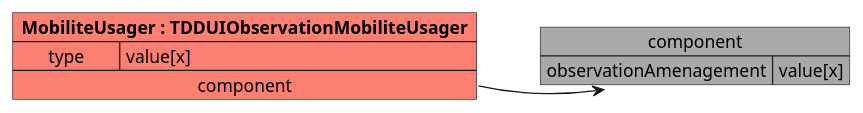
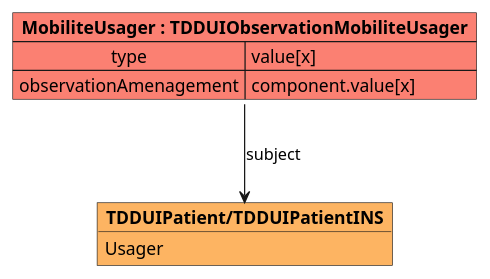
One commit to ansforge/IG-fhir-medicosocial-transfert-donnees-dui changed the diagram in input/images-source/mapping_TDDUIObservationMobiliteUsager.plantuml. Above: the diagram before and after it, drawn with PlantUML. The commit also changed 11 other files, not shown here.

```diff
--- a/input/images-source/mapping_TDDUIObservationMobiliteUsager.plantuml
+++ b/input/images-source/mapping_TDDUIObservationMobiliteUsager.plantuml
@@ -1,13 +1,13 @@
 @startuml
-
-map "component" as component #DarkGray {
-    observationAmenagement => value[x]
-}
 
 map "**MobiliteUsager : TDDUIObservationMobiliteUsager**" as MobiliteUsager #fb8072 {
     type => value[x]
-    component *-> component
+    observationAmenagement => component.value[x]
 }
 
+object "**TDDUIPatient/TDDUIPatientINS**" as TDDUIPatient #fdb462 {
+    Usager
+}
 
+MobiliteUsager --> TDDUIPatient : subject
 @enduml
```
